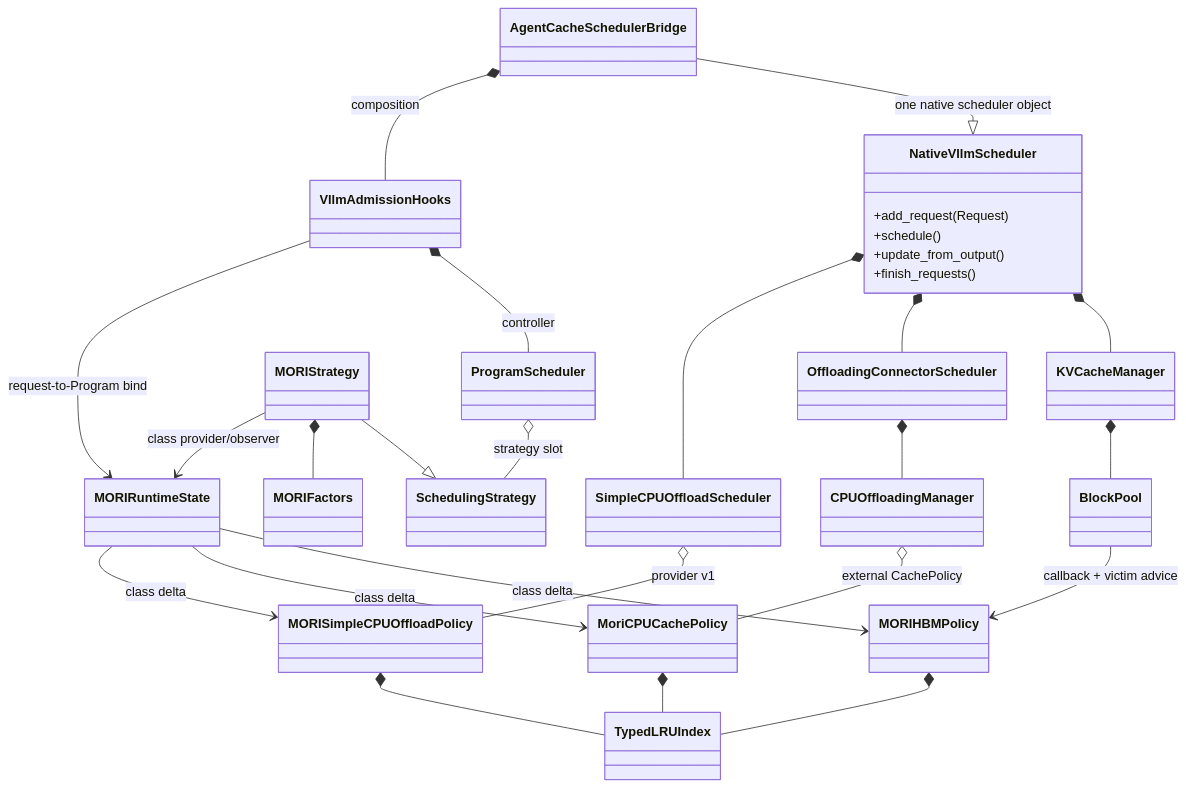
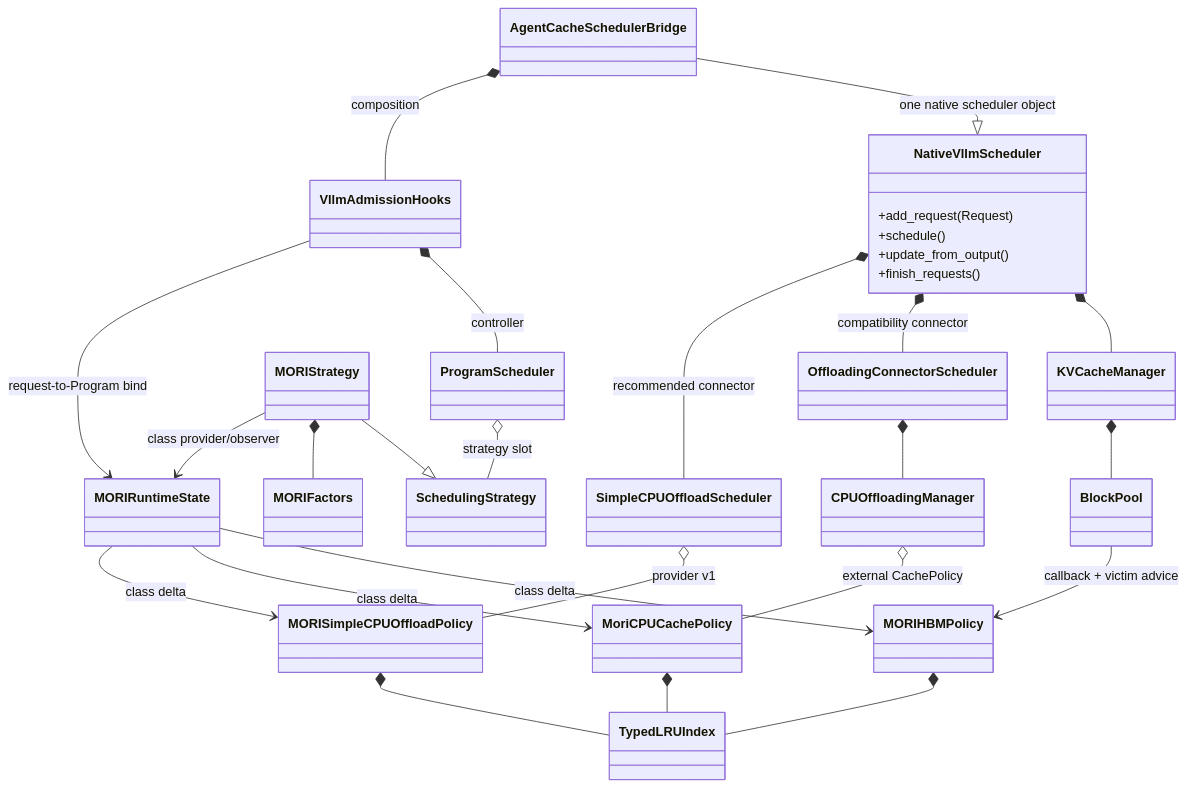
The second of 21 diagrams in design/module/scheduling/mori-implementation.zh-CN.md (potatoZhx/agent-infer), drawn with Mermaid before and after one commit. The commit also changed other lines of this file, not shown here.

Commit message:
docs: update MORI implementation guide for SimpleCPU

````diff
--- a/design/module/scheduling/mori-implementation.zh-CN.md
+++ b/design/module/scheduling/mori-implementation.zh-CN.md
@@ -102,50 +98,50 @@
 ```mermaid
 classDiagram
     class NativeVllmScheduler {
       +add_request(Request)
       +schedule()
       +update_from_output()
       +finish_requests()
     }
     class AgentCacheSchedulerBridge
     class VllmAdmissionHooks
     class ProgramScheduler
     class SchedulingStrategy
     class MORIStrategy
     class MORIFactors
     class MORIRuntimeState
     class KVCacheManager
     class BlockPool
     class MORIHBMPolicy
     class SimpleCPUOffloadScheduler
     class MORISimpleCPUOffloadPolicy
     class OffloadingConnectorScheduler
     class CPUOffloadingManager
     class MoriCPUCachePolicy
     class TypedLRUIndex
 
     AgentCacheSchedulerBridge --|> NativeVllmScheduler : one native scheduler object
     AgentCacheSchedulerBridge *-- VllmAdmissionHooks : composition
     VllmAdmissionHooks *-- ProgramScheduler : controller
     ProgramScheduler o-- SchedulingStrategy : strategy slot
     MORIStrategy --|> SchedulingStrategy
     MORIStrategy *-- MORIFactors
 
     NativeVllmScheduler *-- KVCacheManager
     KVCacheManager *-- BlockPool
-    NativeVllmScheduler *-- OffloadingConnectorScheduler
+    NativeVllmScheduler *-- OffloadingConnectorScheduler : compatibility connector
     OffloadingConnectorScheduler *-- CPUOffloadingManager
     CPUOffloadingManager o-- MoriCPUCachePolicy : external CachePolicy
-    NativeVllmScheduler *-- SimpleCPUOffloadScheduler
+    NativeVllmScheduler *-- SimpleCPUOffloadScheduler : recommended connector
     SimpleCPUOffloadScheduler o-- MORISimpleCPUOffloadPolicy : provider v1
 
     VllmAdmissionHooks --> MORIRuntimeState : request-to-Program bind
     MORIStrategy --> MORIRuntimeState : class provider/observer
     BlockPool --> MORIHBMPolicy : callback + victim advice
     MORIHBMPolicy *-- TypedLRUIndex
     MoriCPUCachePolicy *-- TypedLRUIndex
     MORISimpleCPUOffloadPolicy *-- TypedLRUIndex
     MORIRuntimeState --> MORIHBMPolicy : class delta
     MORIRuntimeState --> MoriCPUCachePolicy : class delta
     MORIRuntimeState --> MORISimpleCPUOffloadPolicy : class delta
 ```
````
